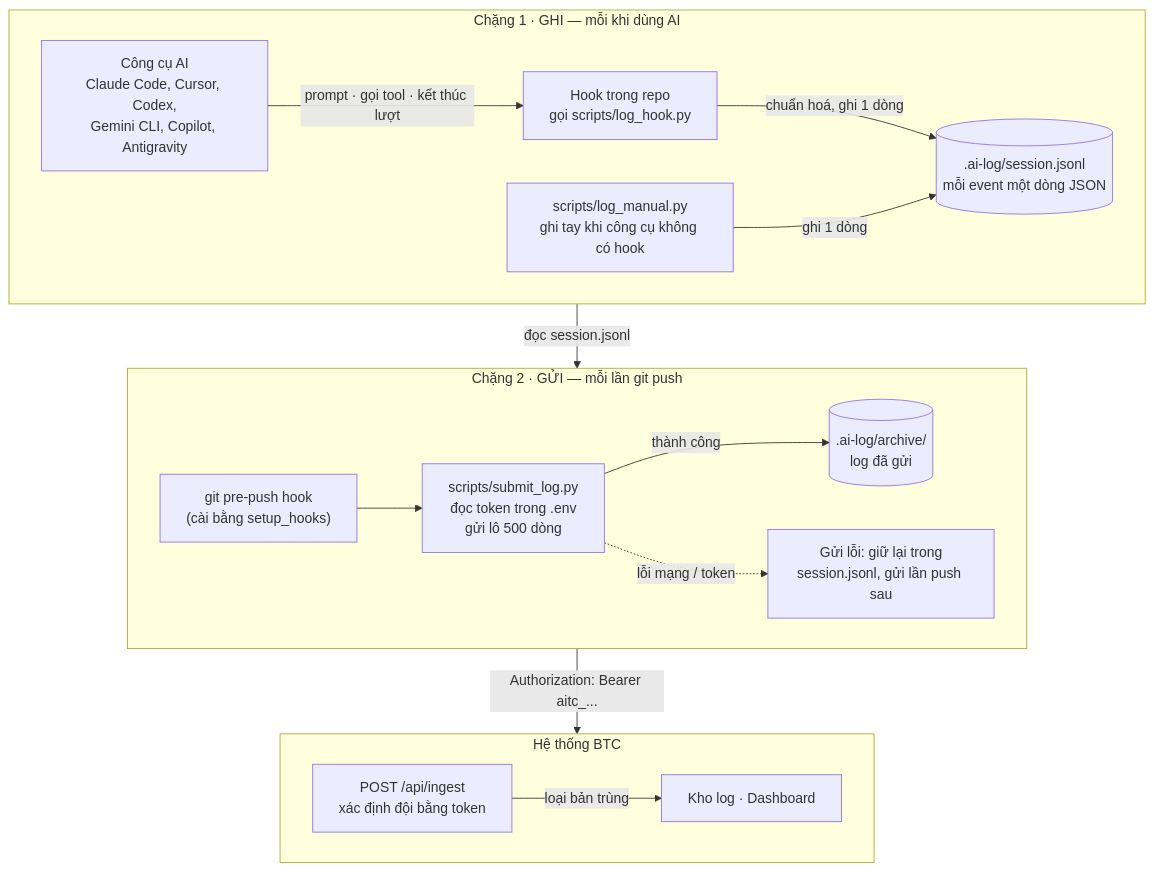
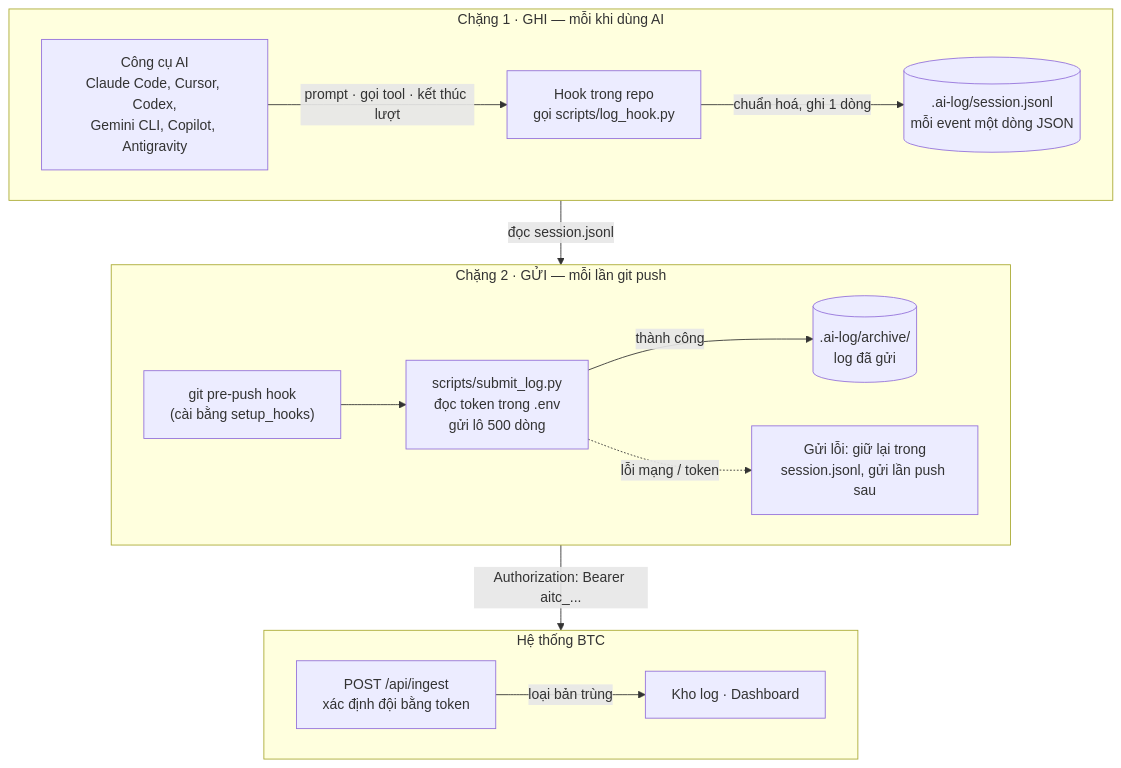
One commit to OAI-Labs/thucchien.ai-docs changed the first of 2 diagrams in docs/round-2/ai-log-guide.mdx. Above: the diagram before and after it, drawn with Mermaid. The commit also changed other lines of this file, not shown here.

Commit message:
docs(ai-log): bỏ hướng dẫn ghi tay cho ChatGPT/Gemini web, nhấn mạnh chỉ dùng model qua Gateway

````diff
--- a/docs/round-2/ai-log-guide.mdx
+++ b/docs/round-2/ai-log-guide.mdx
@@ -21,34 +23,32 @@
 ```mermaid
 flowchart TB
     subgraph ghi["Chặng 1 · GHI — mỗi khi dùng AI"]
         direction LR
         ai["Công cụ AI<br/>Claude Code, Cursor, Codex,<br/>Gemini CLI, Copilot, Antigravity"]
         hook["Hook trong repo<br/>gọi scripts/log_hook.py"]
-        manual["scripts/log_manual.py<br/>ghi tay khi công cụ không có hook"]
         jsonl[(".ai-log/session.jsonl<br/>mỗi event một dòng JSON")]
         ai -- "prompt · gọi tool · kết thúc lượt" --> hook
         hook -- "chuẩn hoá, ghi 1 dòng" --> jsonl
-        manual -- "ghi 1 dòng" --> jsonl
     end
 
     subgraph gui["Chặng 2 · GỬI — mỗi lần git push"]
         direction LR
         prepush["git pre-push hook<br/>(cài bằng setup_hooks)"]
         submit["scripts/submit_log.py<br/>đọc token trong .env<br/>gửi lô 500 dòng"]
         archive[(".ai-log/archive/<br/>log đã gửi")]
         keep["Gửi lỗi: giữ lại trong<br/>session.jsonl, gửi lần push sau"]
         prepush --> submit
         submit -- "thành công" --> archive
         submit -. "lỗi mạng / token" .-> keep
     end
 
     subgraph btc["Hệ thống BTC"]
         direction LR
         ingest["POST /api/ingest<br/>xác định đội bằng token"]
         board["Kho log · Dashboard"]
         ingest -- "loại bản trùng" --> board
     end
 
     ghi -- "đọc session.jsonl" --> gui
     gui -- "Authorization: Bearer aitc_..." --> btc
 ```
````
